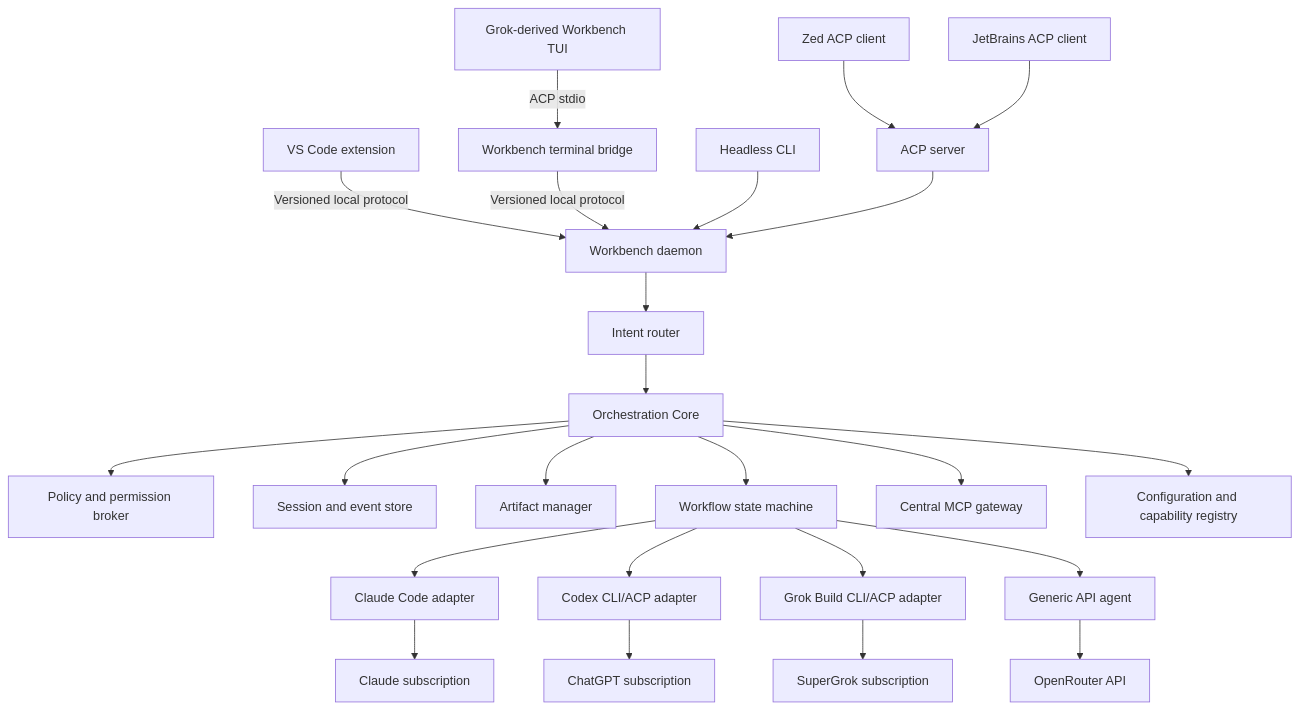
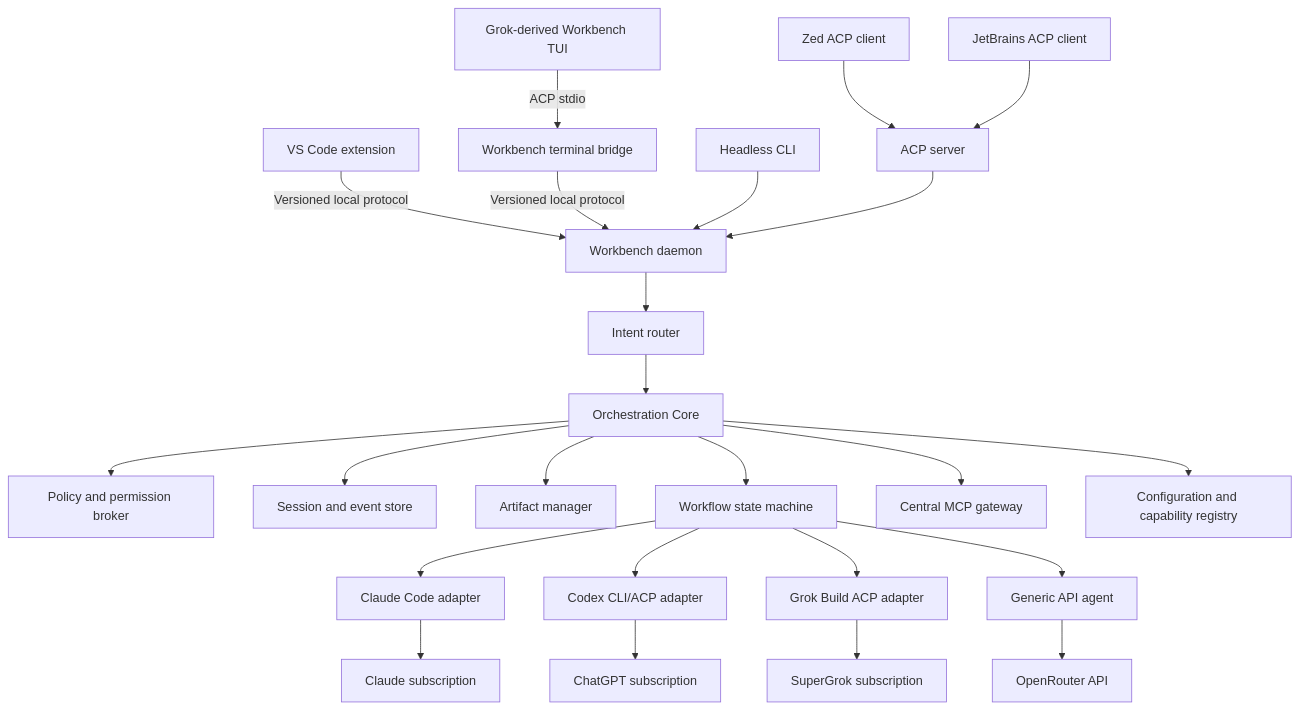
Before and after one commit to RenatoTadeuFigueiredo/multi-agent-development-workbench: the second of 2 diagrams in README.md, drawn with Mermaid. The commit also changed other lines of this file and 49 other files, not shown here.

Commit message:
feat(acp): add supervised Grok Build provider refs #7

````diff
--- a/README.md
+++ b/README.md
@@ -163,29 +172,29 @@
 ```mermaid
 flowchart TB
     V[VS Code extension] -->|Versioned local protocol| D[Workbench daemon]
     T[Grok-derived Workbench TUI] -->|ACP stdio| B[Workbench terminal bridge]
     B -->|Versioned local protocol| D
     H[Headless CLI] --> D
     Z[Zed ACP client] --> X[ACP server]
     J[JetBrains ACP client] --> X
     X --> D
     D --> Q[Intent router]
     Q --> O[Orchestration Core]
 
     O --> P[Policy and permission broker]
     O --> S[Session and event store]
     O --> A[Artifact manager]
     O --> W[Workflow state machine]
     O --> M[Central MCP gateway]
     O --> C[Configuration and capability registry]
 
     W --> CA[Claude Code adapter]
     W --> CO[Codex CLI/ACP adapter]
-    W --> GR[Grok Build CLI/ACP adapter]
+    W --> GR[Grok Build ACP adapter]
     W --> OA[Generic API agent]
 
     CA --> CL[Claude subscription]
     CO --> OP[ChatGPT subscription]
     GR --> XA[SuperGrok subscription]
     OA --> OR[OpenRouter API]
 ```
````
